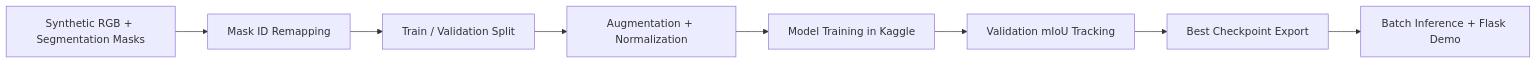
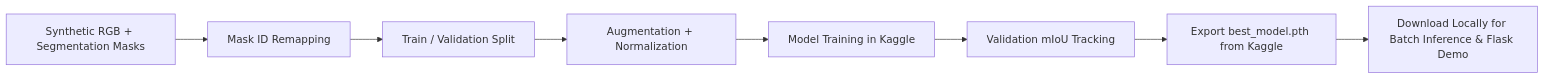
The diagram in Hackathon_Report.md (Md-Juned-45/offroad-semantic-segmentation), drawn with Mermaid before and after one commit. The commit also changed other lines of this file and 6 other files, not shown here.

Commit message:
Removed mock data and requiring real model inference.

````diff
--- a/Hackathon_Report.md
+++ b/Hackathon_Report.md
@@ -73,10 +73,10 @@
 ```mermaid
 flowchart LR
     A["Synthetic RGB + Segmentation Masks"] --> B["Mask ID Remapping"]
     B --> C["Train / Validation Split"]
     C --> D["Augmentation + Normalization"]
     D --> E["Model Training in Kaggle"]
     E --> F["Validation mIoU Tracking"]
-    F --> G["Best Checkpoint Export"]
-    G --> H["Batch Inference + Flask Demo"]
+    F --> G["Export best_model.pth from Kaggle"]
+    G --> H["Download Locally for Batch Inference & Flask Demo"]
 ```
````
